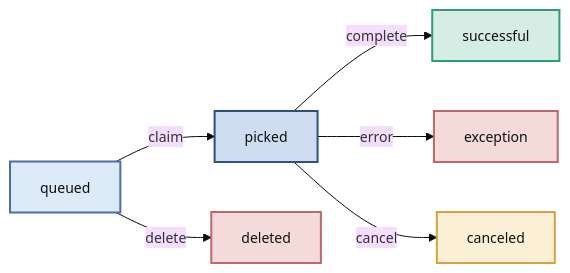
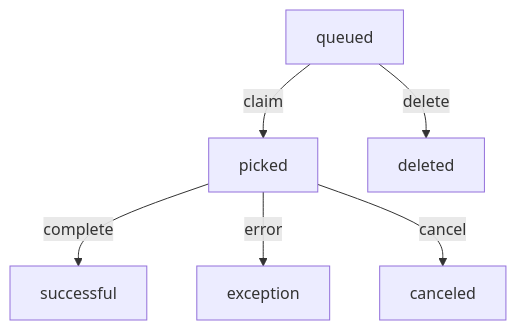
One commit to janbjorge/pgqueuer changed the diagram in docs/guides/completion-tracking.md. Above: the diagram before and after it, drawn with Mermaid. The commit also changed 4 other files, not shown here.

First line of the commit message:
fix: make Mermaid diagrams readable in both light and dark mode

````diff
--- a/docs/guides/completion-tracking.md
+++ b/docs/guides/completion-tracking.md
@@ -27,28 +27,9 @@
 ```mermaid
-%%{init: {'theme': 'base', 'themeVariables': {'fontSize': '14px', 'fontFamily': 'Inter, sans-serif'}}}%%
-flowchart LR
-    Queued[queued]
-    Picked[picked]
-    Success[successful]
-    Exception[exception]
-    Canceled[canceled]
-    Deleted[deleted]
+flowchart TD
+    Queued[queued] -->|claim| Picked[picked]
+    Queued -->|delete| Deleted[deleted]
 
-    Queued -->|claim| Picked
-    Queued -->|delete| Deleted
-    Picked -->|complete| Success
-    Picked -->|error| Exception
-    Picked -->|cancel| Canceled
-
-    classDef queued   fill:#DDEAF7,stroke:#4A6FA5,stroke-width:2px,color:#111
-    classDef picked   fill:#D0DCF0,stroke:#2E5080,stroke-width:2px,color:#111
-    classDef success  fill:#D5EDE5,stroke:#2D9D78,stroke-width:2px,color:#111
-    classDef error    fill:#F5DADA,stroke:#C1666B,stroke-width:2px,color:#111
-    classDef canceled fill:#FBF0D5,stroke:#D4A240,stroke-width:2px,color:#111
-
-    class Queued queued
-    class Picked picked
-    class Success success
-    class Exception,Deleted error
-    class Canceled canceled
+    Picked -->|complete| Success[successful]
+    Picked -->|error| Exception[exception]
+    Picked -->|cancel| Canceled[canceled]
 ```
````
